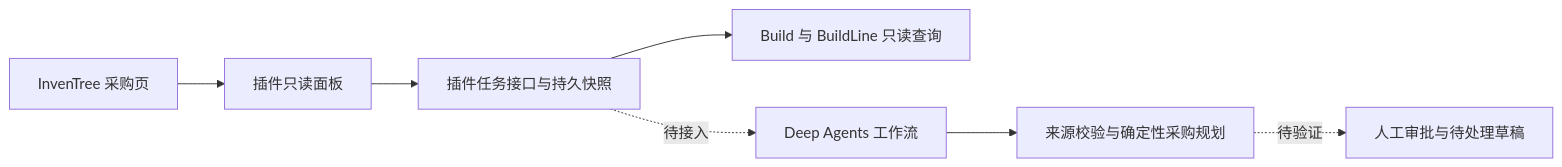
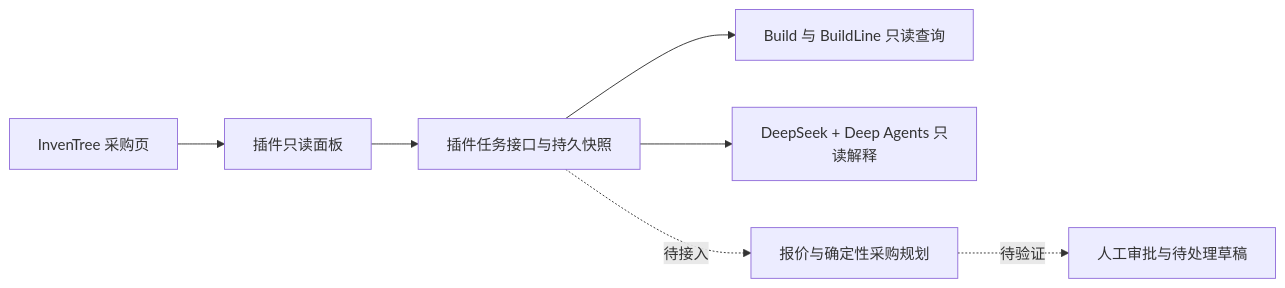
One commit to QIANG-t/deepagents changed the diagram in examples/inventree-procurement-agent/docs/interview_notes.zh-CN.md. Above: the diagram before and after it, drawn with Mermaid. The commit also changed other lines of this file and 21 other files, not shown here.

Commit message:
feat(examples): add DeepSeek read-only procurement explanations

````diff
--- a/examples/inventree-procurement-agent/docs/interview_notes.zh-CN.md
+++ b/examples/inventree-procurement-agent/docs/interview_notes.zh-CN.md
@@ -11,9 +11,9 @@
 ```mermaid
 flowchart LR
     A[InvenTree 采购页] --> B[插件只读面板]
     B --> C[插件任务接口与持久快照]
     C --> G[Build 与 BuildLine 只读查询]
-    C -. 待接入 .-> D[Deep Agents 工作流]
-    D --> E[来源校验与确定性采购规划]
+    C --> D[DeepSeek + Deep Agents 只读解释]
+    C -. 待接入 .-> E[报价与确定性采购规划]
     E -. 待验证 .-> F[人工审批与待处理草稿]
 ```
````
